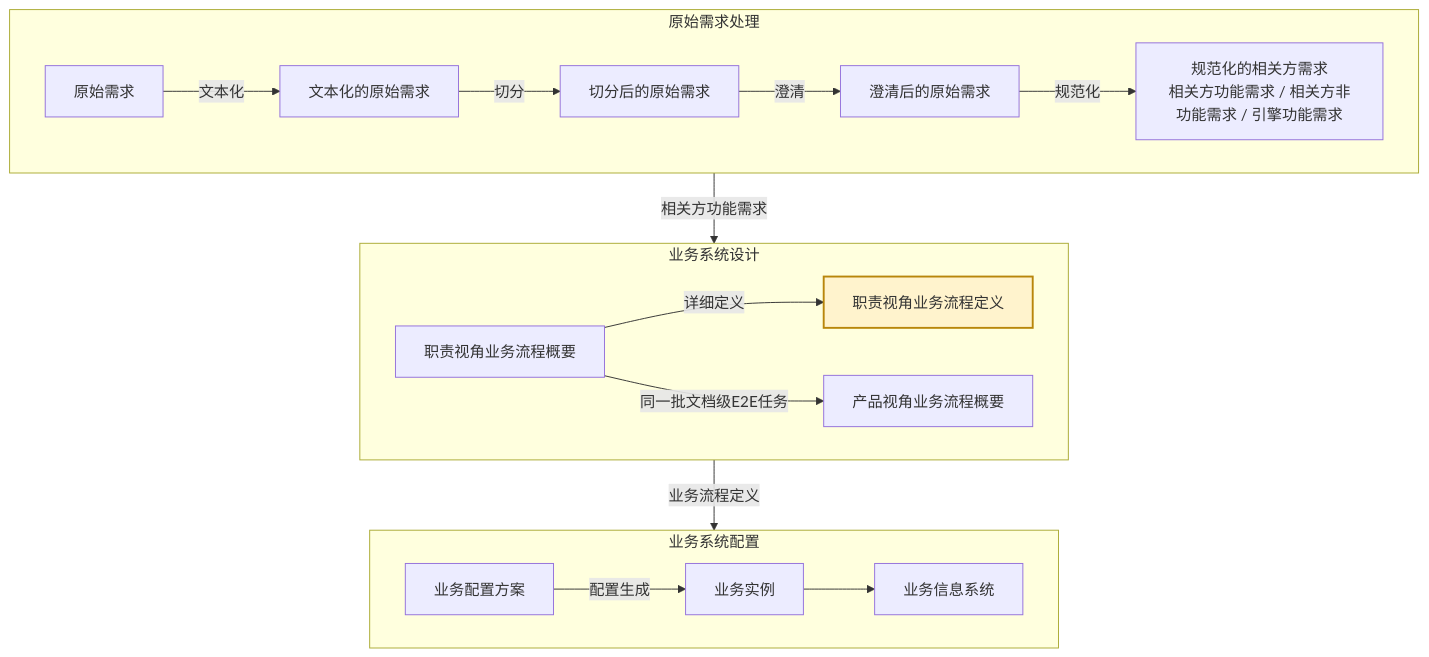
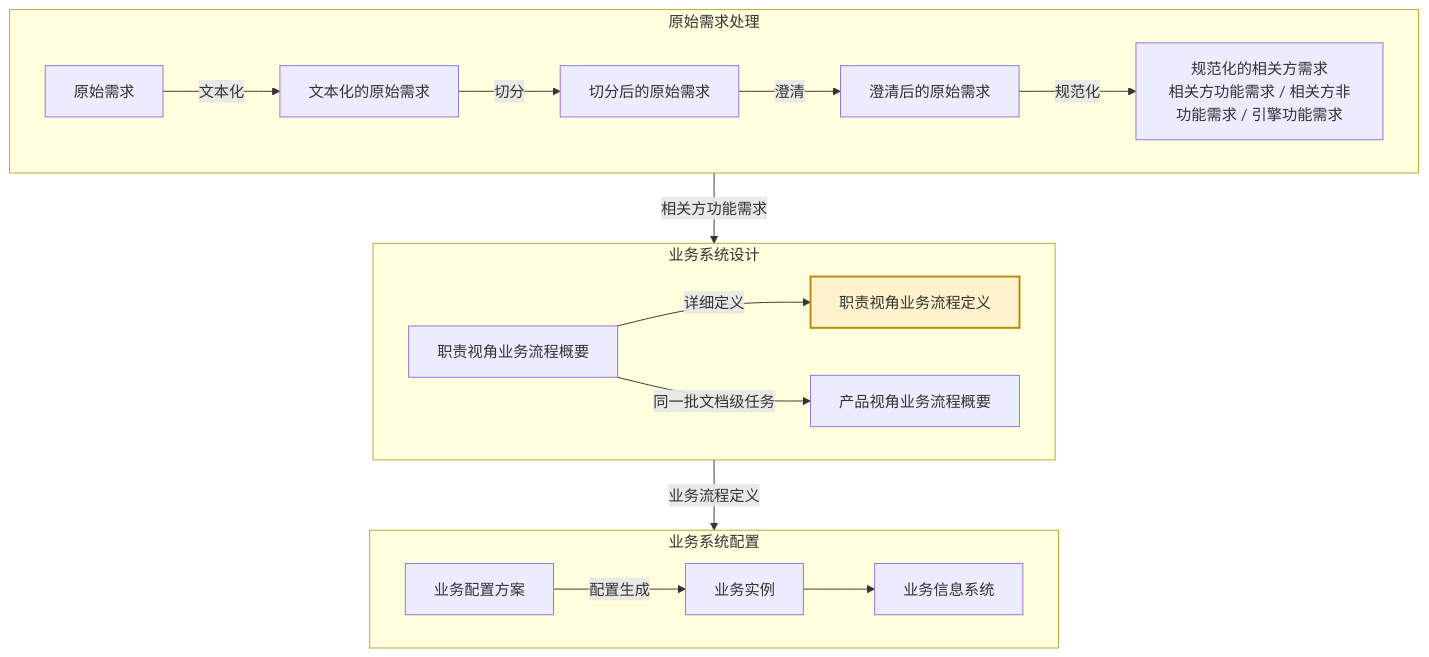
Before and after one commit to Yongjunzhou/AOS-system-design: the diagram in 20-pl4eos/10-pl4eos-subpl-sysdev/10-wfsysdev-4-eos/eos-biz01cr-rbpl2rbpd.md, drawn with Mermaid. The commit also changed other lines of this file and 5 other files, not shown here.

````diff
--- a/20-pl4eos/10-pl4eos-subpl-sysdev/10-wfsysdev-4-eos/eos-biz01cr-rbpl2rbpd.md
+++ b/20-pl4eos/10-pl4eos-subpl-sysdev/10-wfsysdev-4-eos/eos-biz01cr-rbpl2rbpd.md
@@ -30,25 +30,25 @@
 ```mermaid
 flowchart TD
     subgraph S1["原始需求处理"]
         direction LR
         r0["原始需求"] -->|文本化| r1["文本化的原始需求"]
         r1 -->|切分| r2["切分后的原始需求"]
         r2 -->|澄清| r3["澄清后的原始需求"]
         r3 -->|规范化| r4["规范化的相关方需求<br/>相关方功能需求 / 相关方非功能需求 / 引擎功能需求"]
     end
     subgraph S2["业务系统设计"]
         direction LR
         b1["职责视角业务流程概要"] -->|详细定义| b3["职责视角业务流程定义"]
         b2["产品视角业务流程概要"]
     end
     subgraph S3["业务系统配置"]
         direction LR
         c1["业务配置方案"] -->|配置生成| c2["业务实例"]
         c2 --> c3["业务信息系统"]
     end
     r4 -->|相关方功能需求| b1
-    b1 -->|同一批文档级E2E任务| b2
+    b1 -->|同一批文档级任务| b2
     b3 -->|业务流程定义| c1
     classDef here fill:#fff3cd,stroke:#b8860b,stroke-width:2px
     class b3 here
 ```
````
